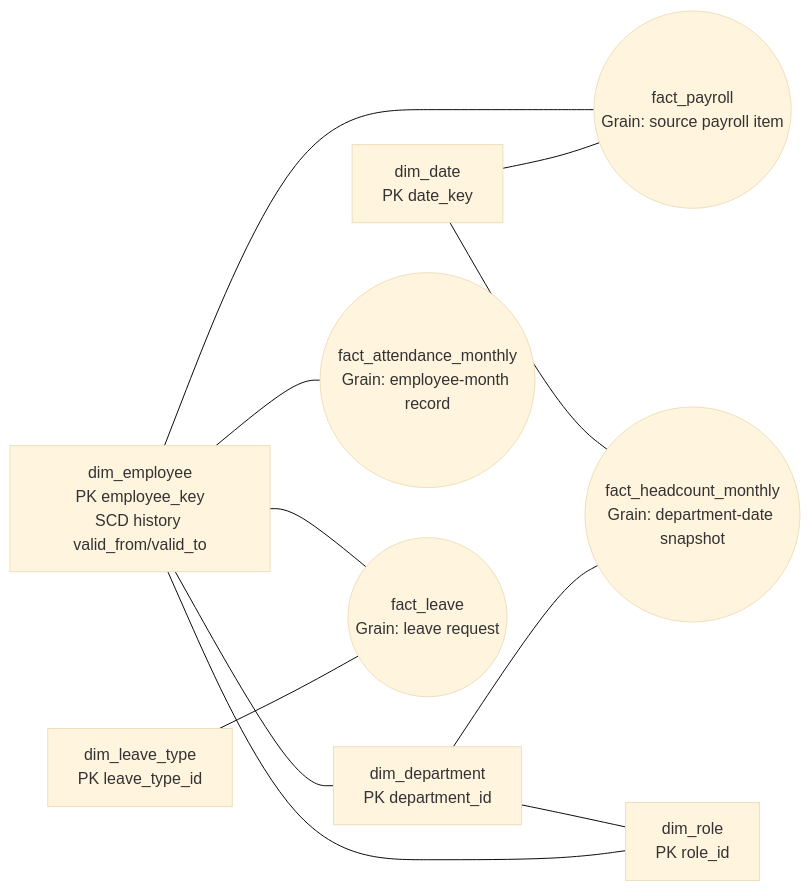
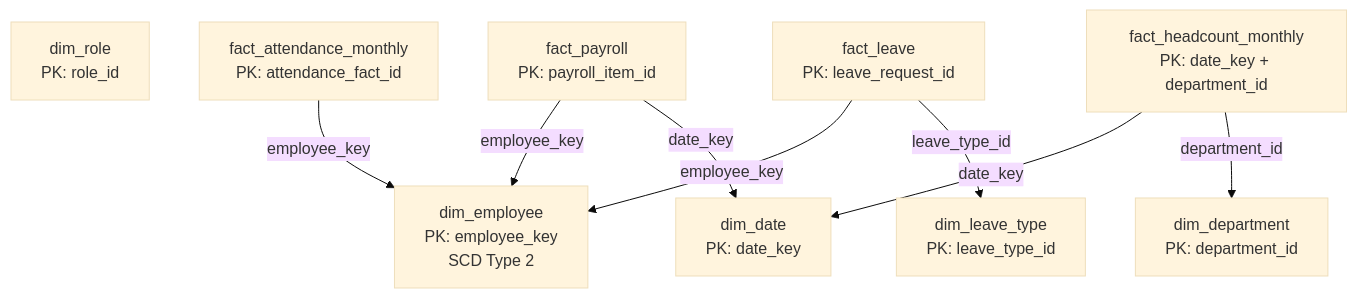
The diagram in Task 2 - Warehouse/star_schema.md (tehare-vinay/pulseiq), drawn with Mermaid (base theme) before and after one commit. The commit also changed other lines of this file and 50 other files, not shown here.

````diff
--- a/Task 2 - Warehouse/star_schema.md
+++ b/Task 2 - Warehouse/star_schema.md
@@ -3,22 +8,21 @@
 ```mermaid
-flowchart LR
-  DE[dim_employee<br/>PK employee_key<br/>SCD history valid_from/valid_to]
-  DD[dim_department<br/>PK department_id]
-  DR[dim_role<br/>PK role_id]
-  DT[dim_date<br/>PK date_key]
-  DLT[dim_leave_type<br/>PK leave_type_id]
-  FP((fact_payroll<br/>Grain: source payroll item))
-  FA((fact_attendance_monthly<br/>Grain: employee-month record))
-  FL((fact_leave<br/>Grain: leave request))
-  FH((fact_headcount_monthly<br/>Grain: department-date snapshot))
-  DE --- FP
-  DT --- FP
-  DE --- FA
-  DE --- FL
-  DLT --- FL
-  DT --- FH
-  DD --- FH
-  DD --- DR
-  DE --- DD
-  DE --- DR
+flowchart TB
+    DE["dim_employee<br/>PK: employee_key<br/>SCD Type 2"]
+    DD["dim_department<br/>PK: department_id"]
+    DR["dim_role<br/>PK: role_id"]
+    DT["dim_date<br/>PK: date_key"]
+    DLT["dim_leave_type<br/>PK: leave_type_id"]
+
+    FP["fact_payroll<br/>PK: payroll_item_id"]
+    FA["fact_attendance_monthly<br/>PK: attendance_fact_id"]
+    FL["fact_leave<br/>PK: leave_request_id"]
+    FH["fact_headcount_monthly<br/>PK: date_key + department_id"]
+
+    FP -->|"employee_key"| DE
+    FP -->|"date_key"| DT
+    FA -->|"employee_key"| DE
+    FL -->|"employee_key"| DE
+    FL -->|"leave_type_id"| DLT
+    FH -->|"date_key"| DT
+    FH -->|"department_id"| DD
 ```
````
